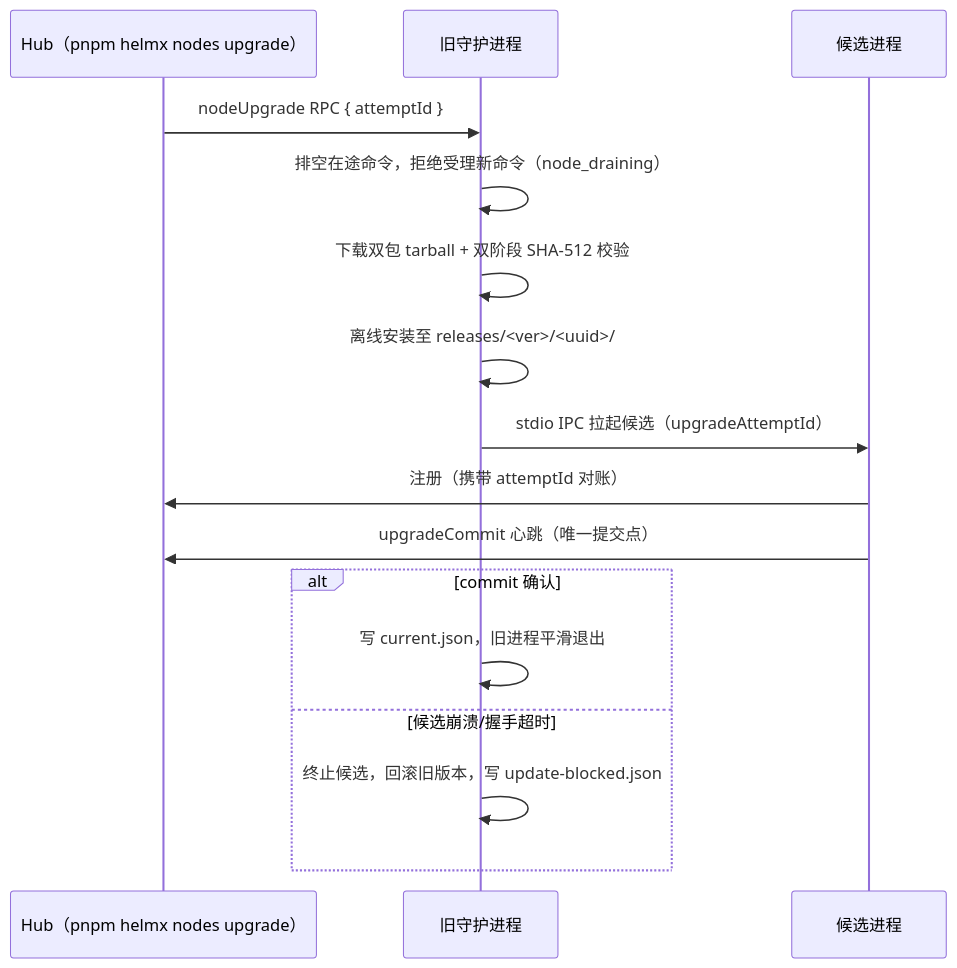
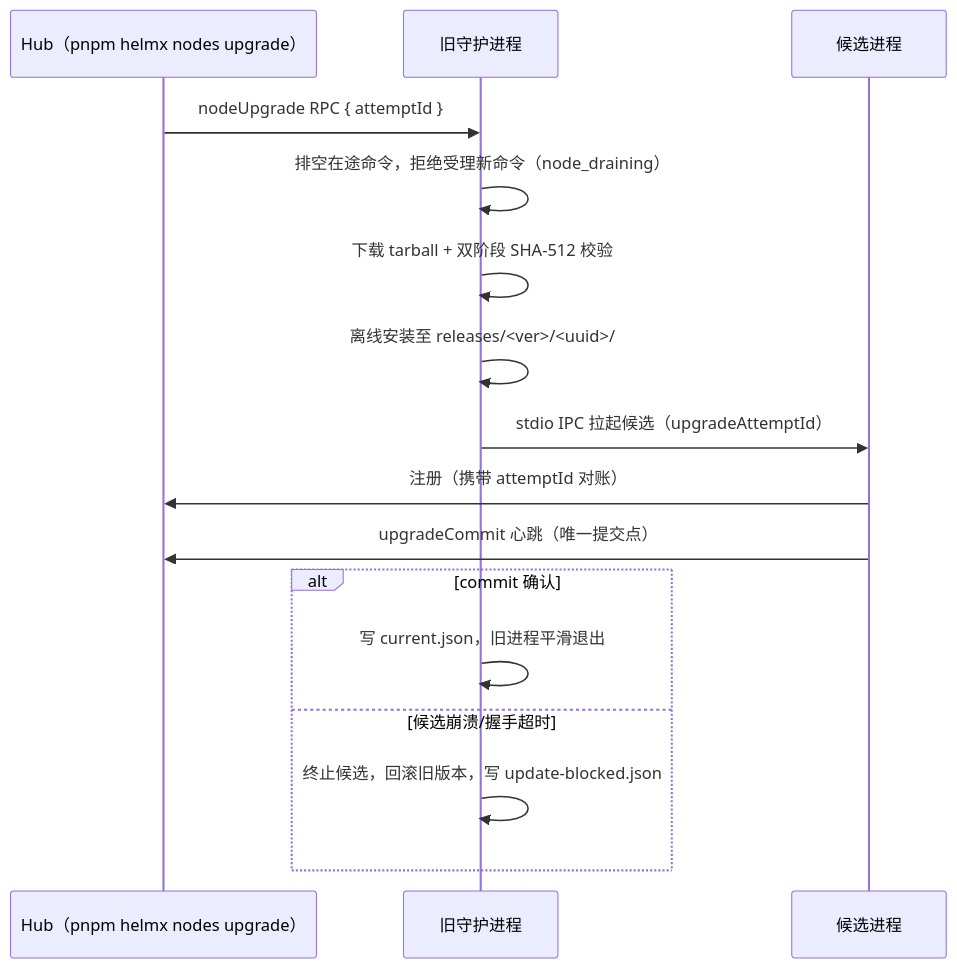
Before and after one commit to team4u/helm: the fourth of 4 diagrams in docs/architecture/envfabric.md, drawn with Mermaid. The commit also changed other lines of this file and 11 other files, not shown here.

````diff
--- a/docs/architecture/envfabric.md
+++ b/docs/architecture/envfabric.md
@@ -195,19 +195,19 @@
 ```mermaid
 sequenceDiagram
     participant Hub as Hub（pnpm helmx nodes upgrade）
     participant Daemon as 旧守护进程
     participant Candidate as 候选进程
 
     Hub->>Daemon: nodeUpgrade RPC { attemptId }
     Daemon->>Daemon: 排空在途命令，拒绝受理新命令（node_draining）
-    Daemon->>Daemon: 下载双包 tarball + 双阶段 SHA-512 校验
+    Daemon->>Daemon: 下载 tarball + 双阶段 SHA-512 校验
     Daemon->>Daemon: 离线安装至 releases/<ver>/<uuid>/
     Daemon->>Candidate: stdio IPC 拉起候选（upgradeAttemptId）
     Candidate->>Hub: 注册（携带 attemptId 对账）
     Candidate->>Hub: upgradeCommit 心跳（唯一提交点）
     alt commit 确认
         Daemon->>Daemon: 写 current.json，旧进程平滑退出
     else 候选崩溃/握手超时
         Daemon->>Daemon: 终止候选，回滚旧版本，写 update-blocked.json
     end
 ```
````
